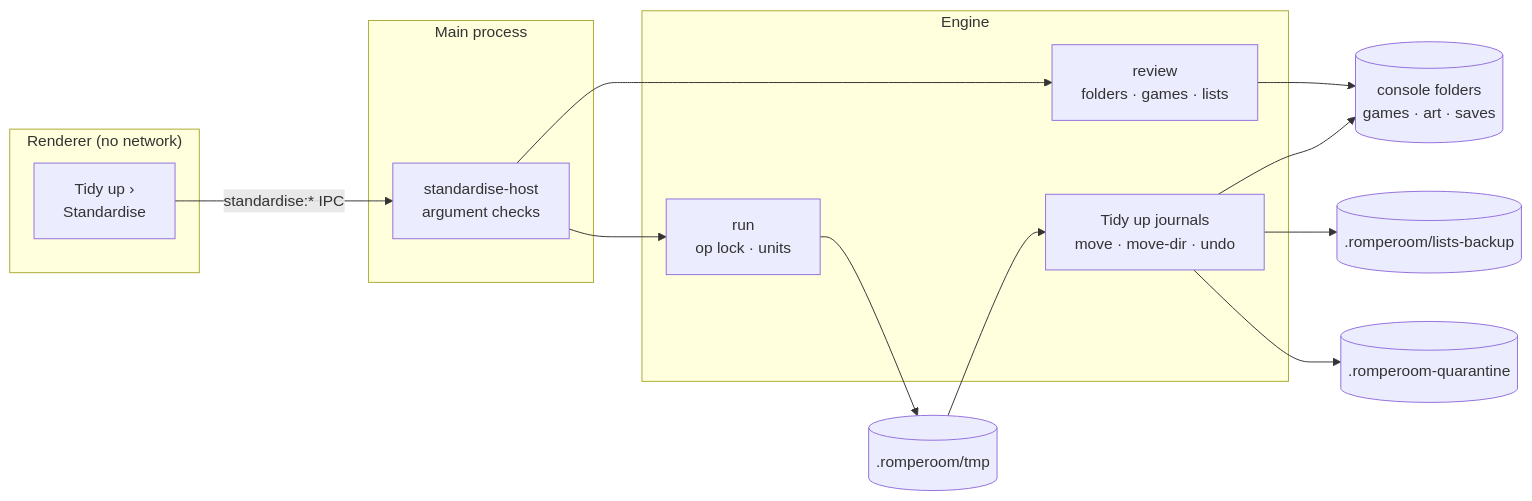
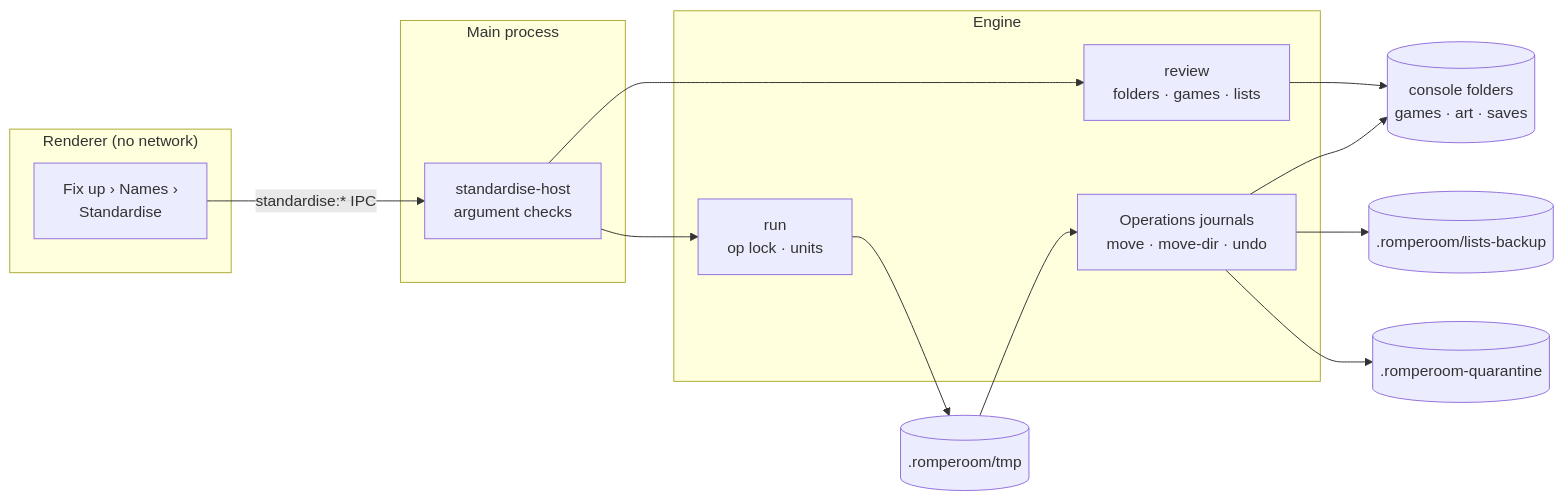
One commit to MakerCorn/romperoom-releases changed diagram 16 of 18 in docs/architecture.md. Above: the diagram before and after it, drawn with Mermaid. The commit also changed other lines of this file and 98 other files, not shown here.

````diff
--- a/docs/architecture.md
+++ b/docs/architecture.md
@@ -1611,21 +1668,21 @@
 ```mermaid
 flowchart LR
   subgraph R["Renderer (no network)"]
-    P["Tidy up ›<br/>Standardise"]
+    P["Fix up › Names ›<br/>Standardise"]
   end
   subgraph M["Main process"]
     H["standardise-host<br/>argument checks"]
   end
   subgraph E["Engine"]
     RV["review<br/>folders · games · lists"]
     RN["run<br/>op lock · units"]
-    J["Tidy up journals<br/>move · move-dir · undo"]
+    J["Operations journals<br/>move · move-dir · undo"]
   end
   P -- "standardise:* IPC" --> H --> RV
   H --> RN
   RV --> LIB[("console folders<br/>games · art · saves")]
   RN --> TMP[(".romperoom/tmp")] --> J
   J --> LIB
   J --> BAK[(".romperoom/lists-backup")]
   J --> Q[(".romperoom-quarantine")]
 ```
````
